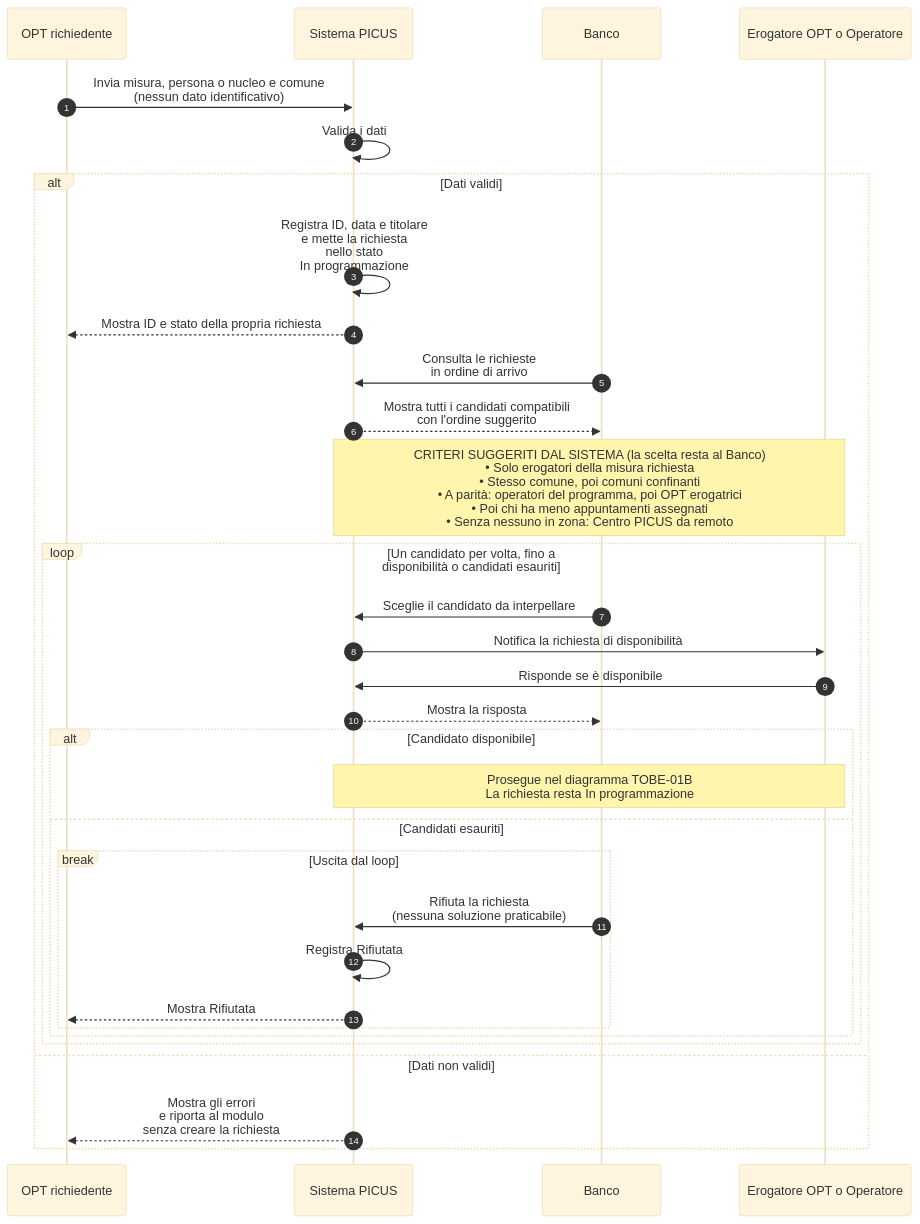
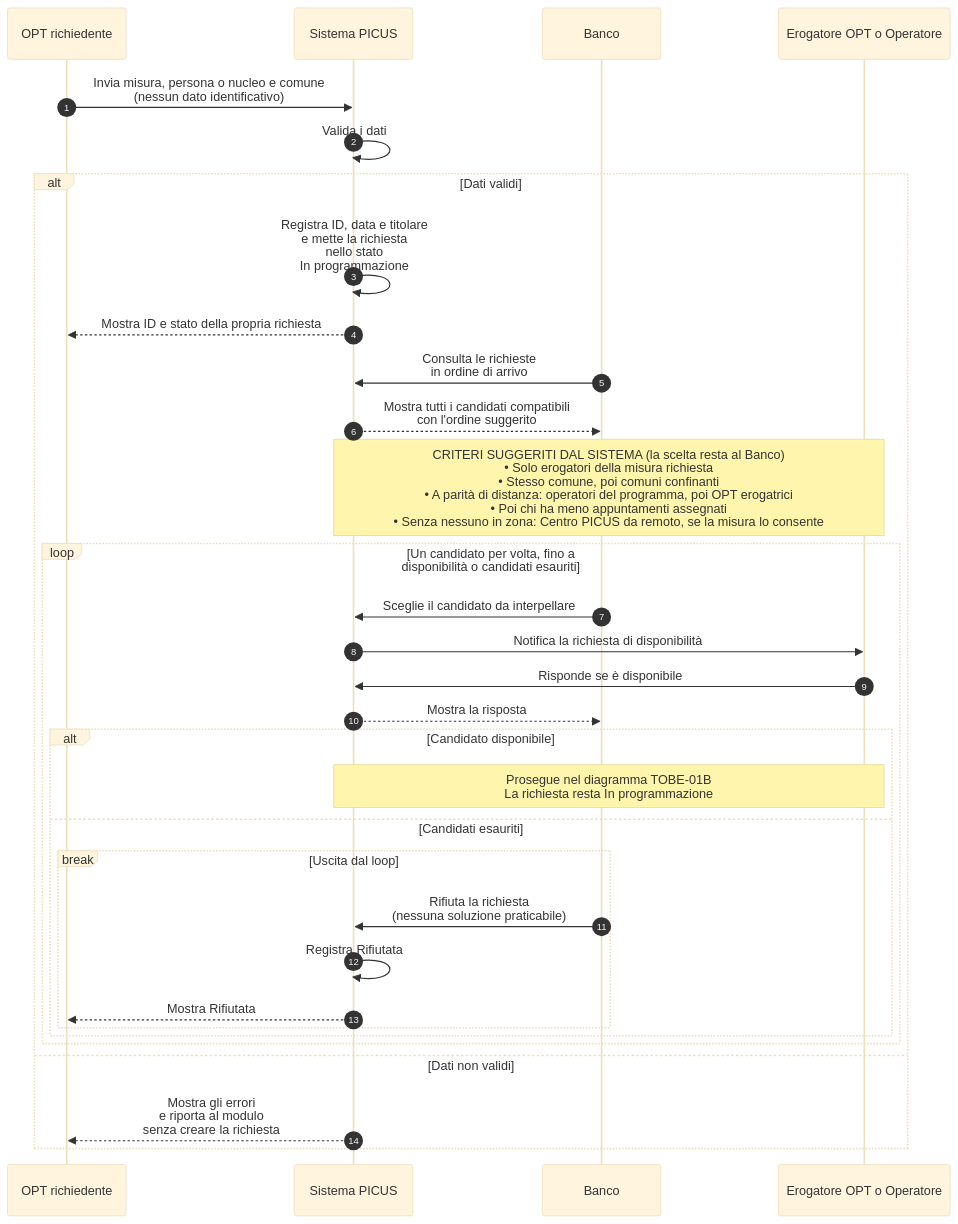
The diagram in docs/requirements/diagrams/to-be/TOBE-01A-richieste-disponibilita.mmd (Pinguini-alla-Fragola/Progetto-SAD), drawn with Mermaid (base theme) before and after one commit. The commit also changed 7 other files, not shown here.

First line of the commit message:
docs(to-be): precisa criteri di ricerca, operatore pagato e data delle scelte

```diff
--- a/docs/requirements/diagrams/to-be/TOBE-01A-richieste-disponibilita.mmd
+++ b/docs/requirements/diagrams/to-be/TOBE-01A-richieste-disponibilita.mmd
@@ -1,37 +1,37 @@
 %% TOBE-01A v0.2 - 03/11/2026
-%% Proposta del team: Epic #20. Allineato alle risposte del cliente (seconda tornata) e alle scelte del gruppo del 03/11/2026.
+%% Proposta del team: Epic #20. Allineato alle risposte del cliente (seconda tornata) e alle scelte del gruppo registrate il 03/11/2026.
 %% Il Banco lavora le richieste in ordine di arrivo e interpella un candidato per volta.
 %% Il sistema puo' suggerire l'ordine dei candidati; la scelta resta al Banco.
 sequenceDiagram
     autonumber
     participant R as OPT richiedente
     participant S as Sistema PICUS
     participant B as Banco
     participant E as Erogatore OPT o Operatore
 
     R->>S: Invia misura, persona o nucleo e comune<br/>(nessun dato identificativo)
     S->>S: Valida i dati
     alt Dati validi
         S->>S: Registra ID, data e titolare<br/>e mette la richiesta<br/>nello stato<br/>In programmazione
         S-->>R: Mostra ID e stato della propria richiesta
         B->>S: Consulta le richieste<br/>in ordine di arrivo
         S-->>B: Mostra tutti i candidati compatibili<br/>con l'ordine suggerito
-        Note over S,E: CRITERI SUGGERITI DAL SISTEMA (la scelta resta al Banco)<br/>• Solo erogatori della misura richiesta<br/>• Stesso comune, poi comuni confinanti<br/>• A parità: operatori del programma, poi OPT erogatrici<br/>• Poi chi ha meno appuntamenti assegnati<br/>• Senza nessuno in zona: Centro PICUS da remoto
+        Note over S,E: CRITERI SUGGERITI DAL SISTEMA (la scelta resta al Banco)<br/>• Solo erogatori della misura richiesta<br/>• Stesso comune, poi comuni confinanti<br/>• A parità di distanza: operatori del programma, poi OPT erogatrici<br/>• Poi chi ha meno appuntamenti assegnati<br/>• Senza nessuno in zona: Centro PICUS da remoto, se la misura lo consente
         loop Un candidato per volta, fino a<br/>disponibilità o candidati esauriti
             B->>S: Sceglie il candidato da interpellare
             S->>E: Notifica la richiesta di disponibilità
             E->>S: Risponde se è disponibile
             S-->>B: Mostra la risposta
             alt Candidato disponibile
                 Note over S,E: Prosegue nel diagramma TOBE-01B<br/>La richiesta resta In programmazione
             else Candidati esauriti
                 break Uscita dal loop
                     B->>S: Rifiuta la richiesta<br/>(nessuna soluzione praticabile)
                     S->>S: Registra Rifiutata
                     S-->>R: Mostra Rifiutata
                 end
             end
         end
     else Dati non validi
         S-->>R: Mostra gli errori<br/>e riporta al modulo<br/>senza creare la richiesta
     end
```
